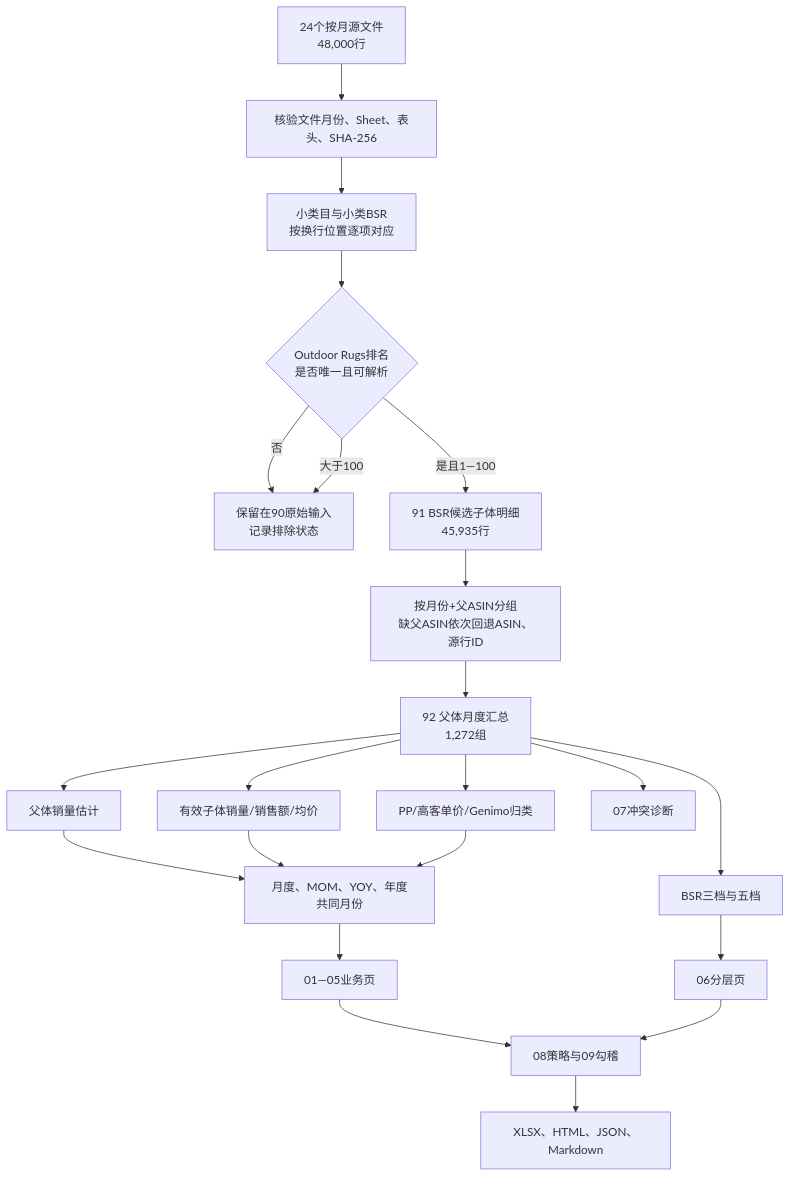
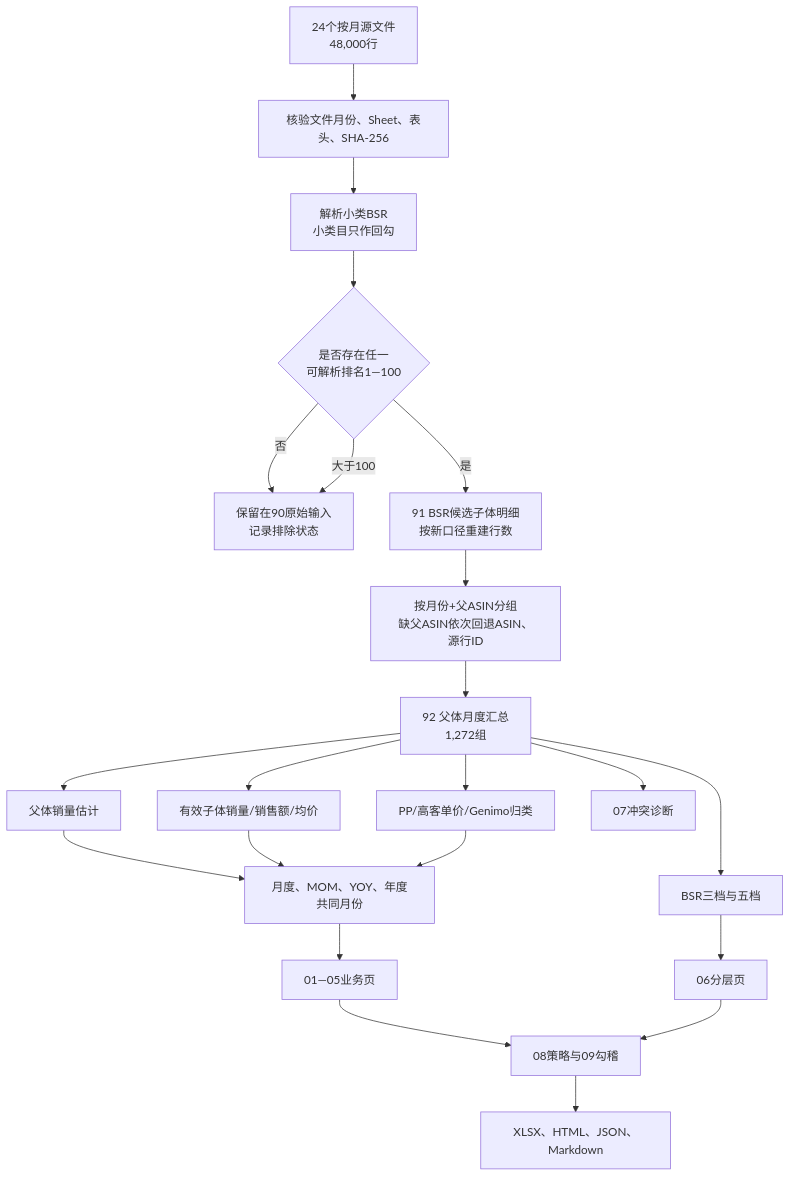
One commit to theZhouverse/t5-outdoor-rug-market-analysis changed the diagram in docs/数据处理流程与人工验算-20260922.md. Above: the diagram before and after it, drawn with Mermaid. The commit also changed other lines of this file and 4 other files, not shown here.

````diff
--- a/docs/数据处理流程与人工验算-20260922.md
+++ b/docs/数据处理流程与人工验算-20260922.md
@@ -32,24 +32,24 @@
 ```mermaid
 flowchart TD
   A[24个按月源文件<br/>48,000行] --> B[核验文件月份、Sheet、表头、SHA-256]
-  B --> C[小类目与小类BSR<br/>按换行位置逐项对应]
-  C --> D{Outdoor Rugs排名<br/>是否唯一且可解析}
+  B --> C[解析小类BSR<br/>小类目只作回勾]
+  C --> D{是否存在任一<br/>可解析排名1—100}
   D -->|否| E[保留在90原始输入<br/>记录排除状态]
-  D -->|是且1—100| F[91 BSR候选子体明细<br/>45,935行]
+  D -->|是| F[91 BSR候选子体明细<br/>按新口径重建行数]
   D -->|大于100| E
   F --> G[按月份+父ASIN分组<br/>缺父ASIN依次回退ASIN、源行ID]
   G --> H[92 父体月度汇总<br/>1,272组]
   H --> I[父体销量估计]
   H --> J[有效子体销量/销售额/均价]
   H --> K[PP/高客单价/Genimo归类]
   I --> L[月度、MOM、YOY、年度共同月份]
   J --> L
   K --> L
   H --> M[BSR三档与五档]
   L --> N[01—05业务页]
   M --> O[06分层页]
   H --> P[07冲突诊断]
   N --> Q[08策略与09勾稽]
   O --> Q
   Q --> R[XLSX、HTML、JSON、Markdown]
 ```
````
